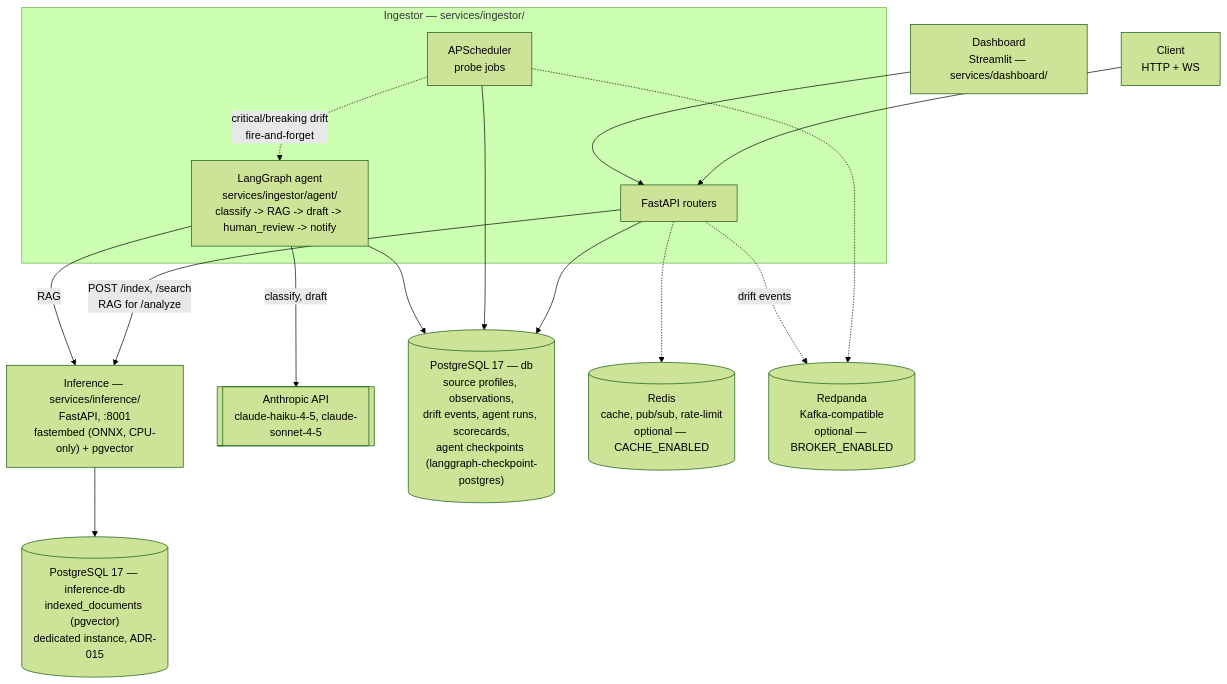
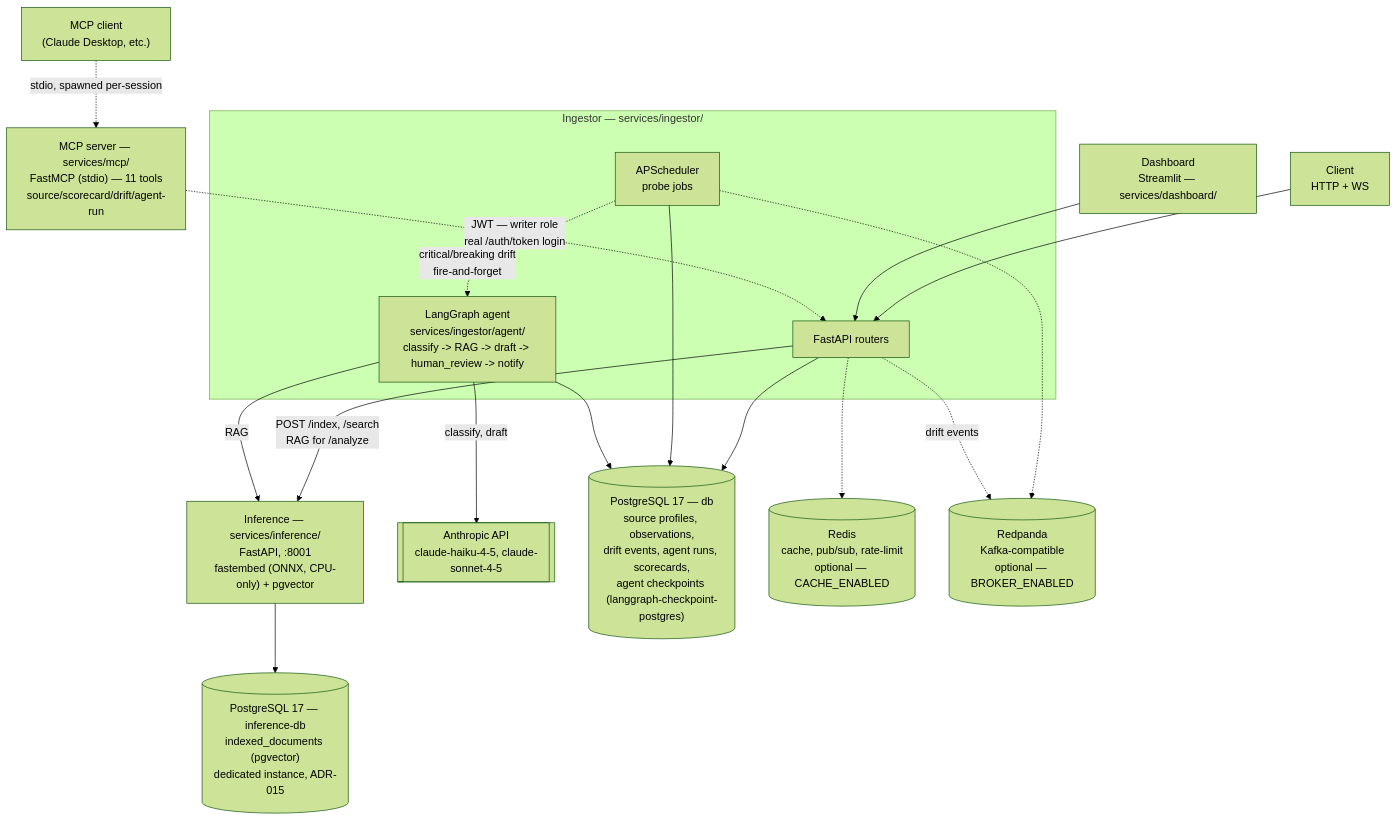
The second of 2 diagrams in docs/02-architecture/application-architecture.md (ivanprytula/api-observatory), drawn with Mermaid (forest theme) before and after one commit. The commit also changed other lines of this file and 20 other files, not shown here.

First line of the commit message:
feat(mcp): add MCP server exposing the observatory's toolset (Phase 5)

````diff
--- a/docs/02-architecture/application-architecture.md
+++ b/docs/02-architecture/application-architecture.md
@@ -28,33 +28,37 @@
 ```mermaid
 flowchart TB
     Client["Client\nHTTP + WS"]
     Dashboard["Dashboard\nStreamlit — services/dashboard/"]
 
     subgraph App["Ingestor — services/ingestor/"]
       API["FastAPI routers"]
       Scheduler["APScheduler\nprobe jobs"]
       Agent["LangGraph agent\nservices/ingestor/agent/\nclassify -> RAG -> draft -> human_review -> notify"]
     end
 
     Inference["Inference — services/inference/\nFastAPI, :8001\nfastembed (ONNX, CPU-only) + pgvector"]
     Anthropic[["Anthropic API\nclaude-haiku-4-5, claude-sonnet-4-5"]]
+    MCP["MCP server — services/mcp/\nFastMCP (stdio) — 11 tools\nsource/scorecard/drift/agent-run"]
+    LLMClient["MCP client\n(Claude Desktop, etc.)"]
 
     Postgres[("PostgreSQL 17 — db\nsource profiles, observations,\ndrift events, agent runs, scorecards,\nagent checkpoints (langgraph-checkpoint-postgres)")]
     InferenceDB[("PostgreSQL 17 — inference-db\nindexed_documents (pgvector)\ndedicated instance, ADR-015")]
     Cache[("Redis\ncache, pub/sub, rate-limit\noptional — CACHE_ENABLED")]
     Broker[("Redpanda\nKafka-compatible\noptional — BROKER_ENABLED")]
 
     Client --> API
     Dashboard --> API
     API --> Postgres
     API -.-> Cache
     Scheduler --> Postgres
     Scheduler -.-> Broker
     API -.->|drift events| Broker
     API -->|POST /index, /search\nRAG for /analyze| Inference
     Inference --> InferenceDB
     Scheduler -.->|critical/breaking drift\nfire-and-forget| Agent
     Agent --> Postgres
     Agent -->|RAG| Inference
     Agent -->|classify, draft| Anthropic
+    LLMClient -.->|stdio, spawned per-session| MCP
+    MCP -.->|JWT — writer role\nreal /auth/token login| API
 ```
````
